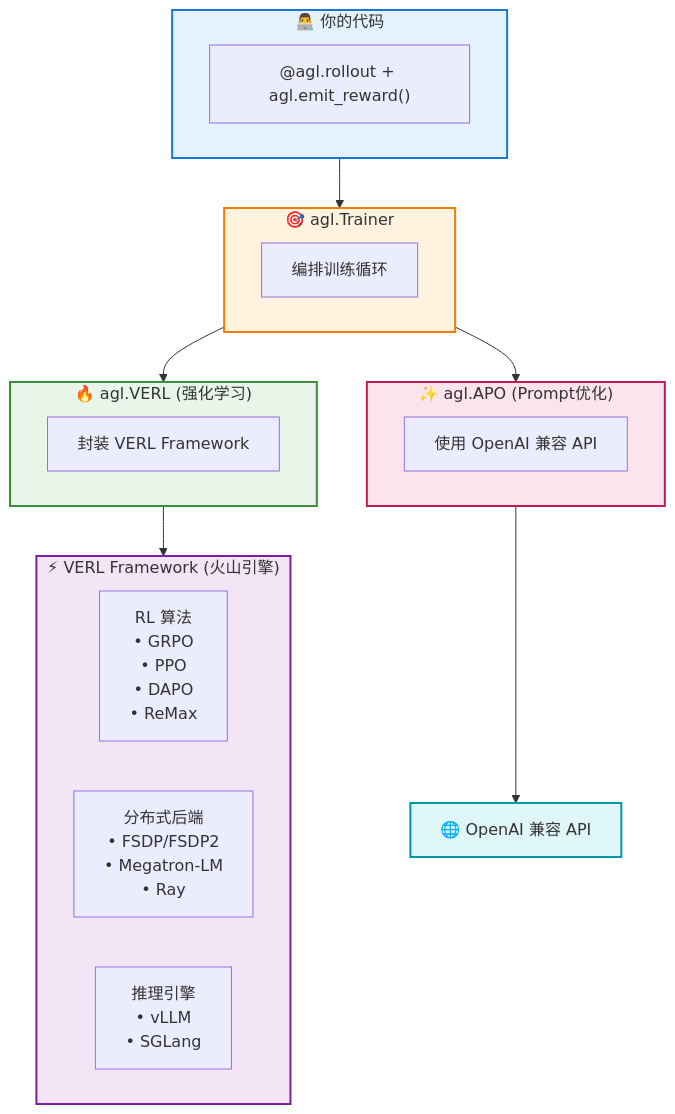
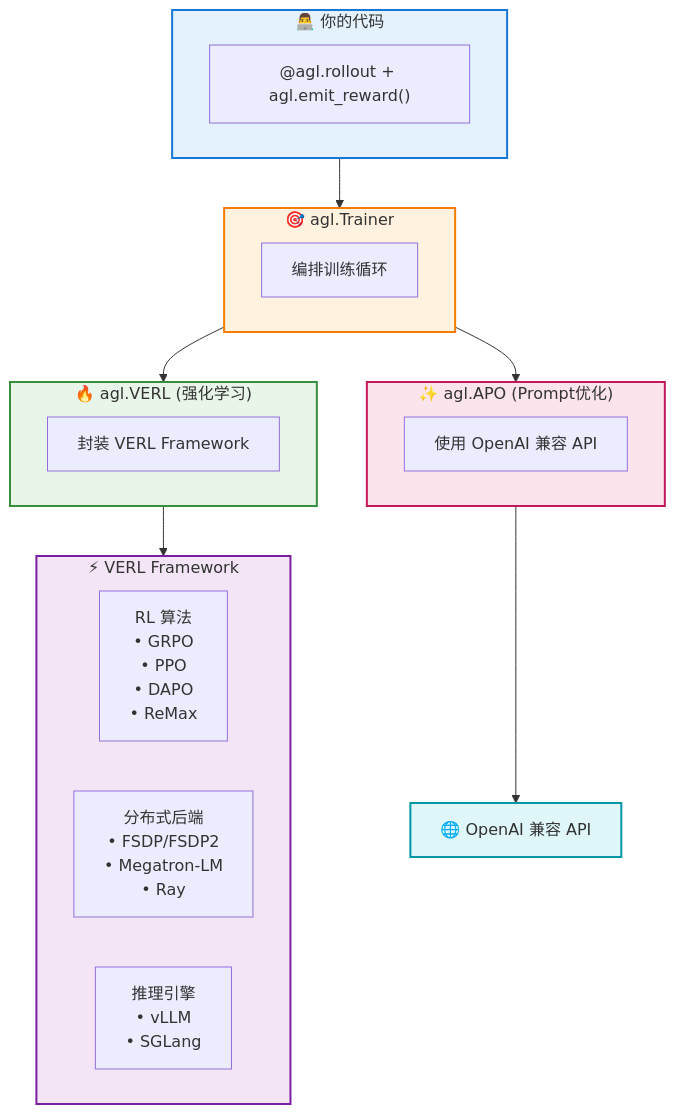
Before and after one commit to david-xinyuwei/david-share: the first of 2 diagrams in Deep-Learning/Agent-Lighting/README-CN.md, drawn with Mermaid. The commit also changed other lines of this file and 1 other file, not shown here.

Commit message:
Update README files with beautified ASCII diagrams and Mermaid call chain

````diff
--- a/Deep-Learning/Agent-Lighting/README-CN.md
+++ b/Deep-Learning/Agent-Lighting/README-CN.md
@@ -96,41 +96,41 @@
 ```mermaid
 flowchart TB
     subgraph UserCode["👨‍💻 你的代码"]
         rollout["@agl.rollout + agl.emit_reward()"]
     end
     
     subgraph Trainer["🎯 agl.Trainer"]
         trainer["编排训练循环"]
     end
     
     UserCode --> Trainer
     
     Trainer --> VERL
     Trainer --> APO
     
     subgraph VERL["🔥 agl.VERL (强化学习)"]
         verl_algo["封装 VERL Framework"]
     end
     
     subgraph APO["✨ agl.APO (Prompt优化)"]
         apo_algo["使用 OpenAI 兼容 API"]
     end
     
     VERL --> VERLFramework
     
-    subgraph VERLFramework["⚡ VERL Framework (火山引擎)"]
+    subgraph VERLFramework["⚡ VERL Framework"]
         direction LR
         rl["RL 算法<br/>• GRPO<br/>• PPO<br/>• DAPO<br/>• ReMax"]
         dist["分布式后端<br/>• FSDP/FSDP2<br/>• Megatron-LM<br/>• Ray"]
         infer["推理引擎<br/>• vLLM<br/>• SGLang"]
     end
     
     APO --> OpenAI["🌐 OpenAI 兼容 API"]
 
     style UserCode fill:#e3f2fd,stroke:#1976d2,stroke-width:2px
     style Trainer fill:#fff3e0,stroke:#f57c00,stroke-width:2px
     style VERL fill:#e8f5e9,stroke:#388e3c,stroke-width:2px
     style APO fill:#fce4ec,stroke:#c2185b,stroke-width:2px
     style VERLFramework fill:#f3e5f5,stroke:#7b1fa2,stroke-width:2px
     style OpenAI fill:#e0f7fa,stroke:#0097a7,stroke-width:2px
 ```
````
